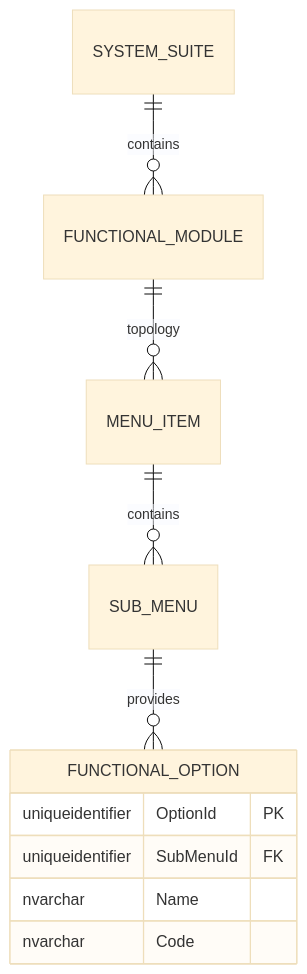
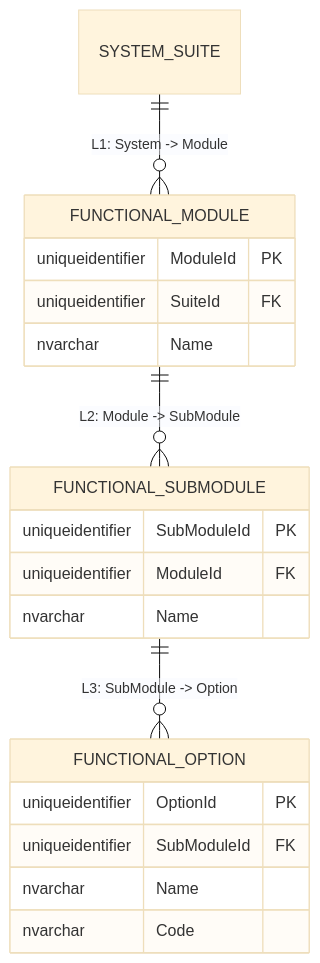
Before and after one commit to beyondnetcode/ums: the third of 3 diagrams in architecture/blueprints/database-design-er.md, drawn with Mermaid (base theme). The commit also changed other lines of this file and 2 other files, not shown here.

Commit message:
feat(auth): enforce strict 5-level functional hierarchy in authorization model (EN/ES)

````diff
--- a/architecture/blueprints/database-design-er.md
+++ b/architecture/blueprints/database-design-er.md
@@ -77,14 +76,25 @@
 ```mermaid
 erDiagram
-    SYSTEM_SUITE ||--o{ FUNCTIONAL_MODULE : "contains"
-    FUNCTIONAL_MODULE ||--o{ MENU_ITEM : "topology"
-    MENU_ITEM ||--o{ SUB_MENU : "contains"
-    SUB_MENU ||--o{ FUNCTIONAL_OPTION : "provides"
+    SYSTEM_SUITE ||--o{ FUNCTIONAL_MODULE : "L1: System -> Module"
+    FUNCTIONAL_MODULE ||--o{ FUNCTIONAL_SUBMODULE : "L2: Module -> SubModule"
+    FUNCTIONAL_SUBMODULE ||--o{ FUNCTIONAL_OPTION : "L3: SubModule -> Option"
+    
+    FUNCTIONAL_MODULE {
+        uniqueidentifier ModuleId PK
+        uniqueidentifier SuiteId FK
+        nvarchar Name
+    }
+    
+    FUNCTIONAL_SUBMODULE {
+        uniqueidentifier SubModuleId PK
+        uniqueidentifier ModuleId FK
+        nvarchar Name
+    }
     
     FUNCTIONAL_OPTION {
         uniqueidentifier OptionId PK
-        uniqueidentifier SubMenuId FK
+        uniqueidentifier SubModuleId FK
         nvarchar Name
         nvarchar Code
     }
 ```
````
